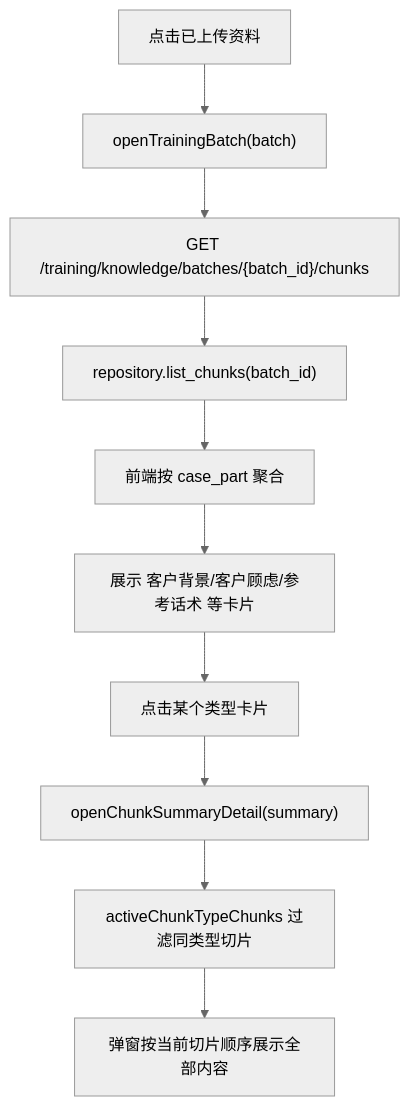
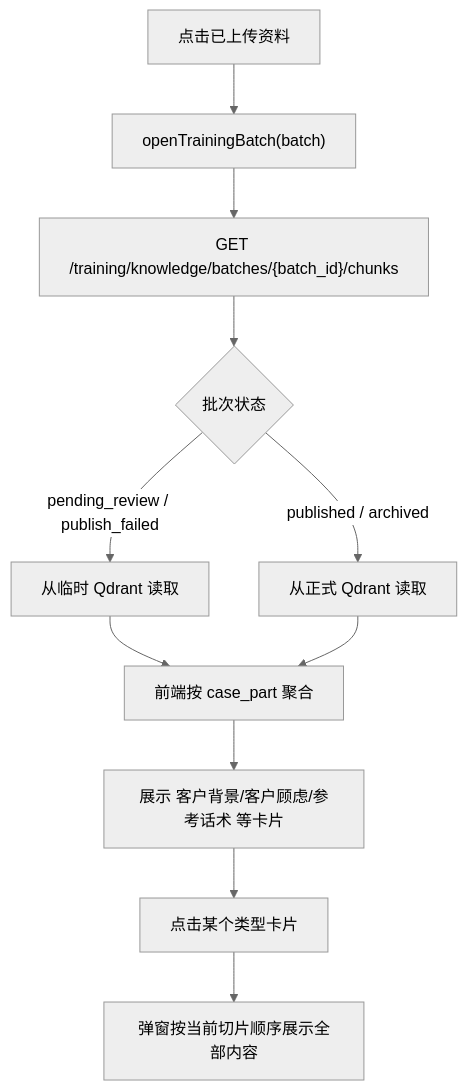
One commit to chen-liang-22/AI_RAG_Agent_Frontend changed the second of 3 diagrams in docs/销售训练资料管理上传文件流程.md. Above: the diagram before and after it, drawn with Mermaid (neutral theme). The commit also changed other lines of this file and 4 other files, not shown here.

````diff
--- a/docs/销售训练资料管理上传文件流程.md
+++ b/docs/销售训练资料管理上传文件流程.md
@@ -136,12 +105,13 @@
 ```mermaid
 flowchart TD
     A["点击已上传资料"] --> B["openTrainingBatch(batch)"]
     B --> C["GET /training/knowledge/batches/{batch_id}/chunks"]
-    C --> D["repository.list_chunks(batch_id)"]
-    D --> E["前端按 case_part 聚合"]
-    E --> F["展示 客户背景/客户顾虑/参考话术 等卡片"]
-    F --> G["点击某个类型卡片"]
-    G --> H["openChunkSummaryDetail(summary)"]
-    H --> I["activeChunkTypeChunks 过滤同类型切片"]
+    C --> D{"批次状态"}
+    D -- "pending_review / publish_failed" --> E["从临时 Qdrant 读取"]
+    D -- "published / archived" --> F["从正式 Qdrant 读取"]
+    E --> G["前端按 case_part 聚合"]
+    F --> G
+    G --> H["展示 客户背景/客户顾虑/参考话术 等卡片"]
+    H --> I["点击某个类型卡片"]
     I --> J["弹窗按当前切片顺序展示全部内容"]
 ```
````
